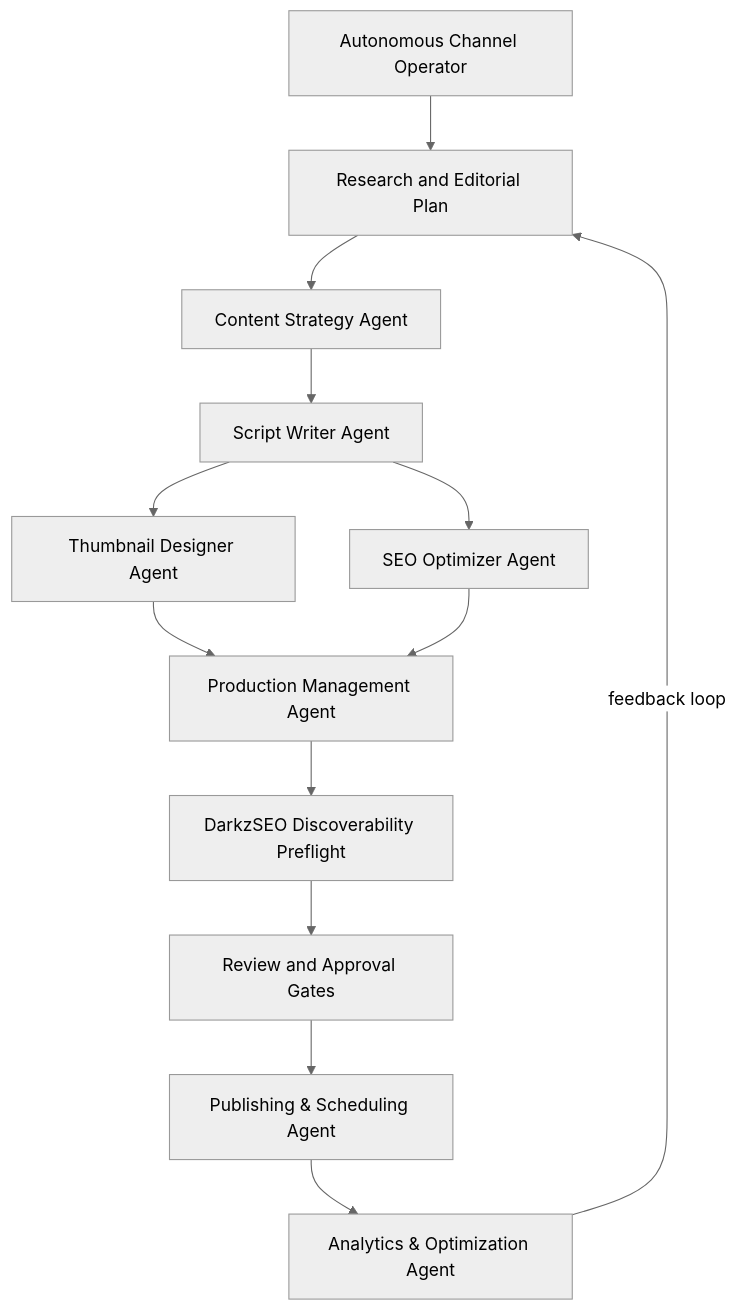
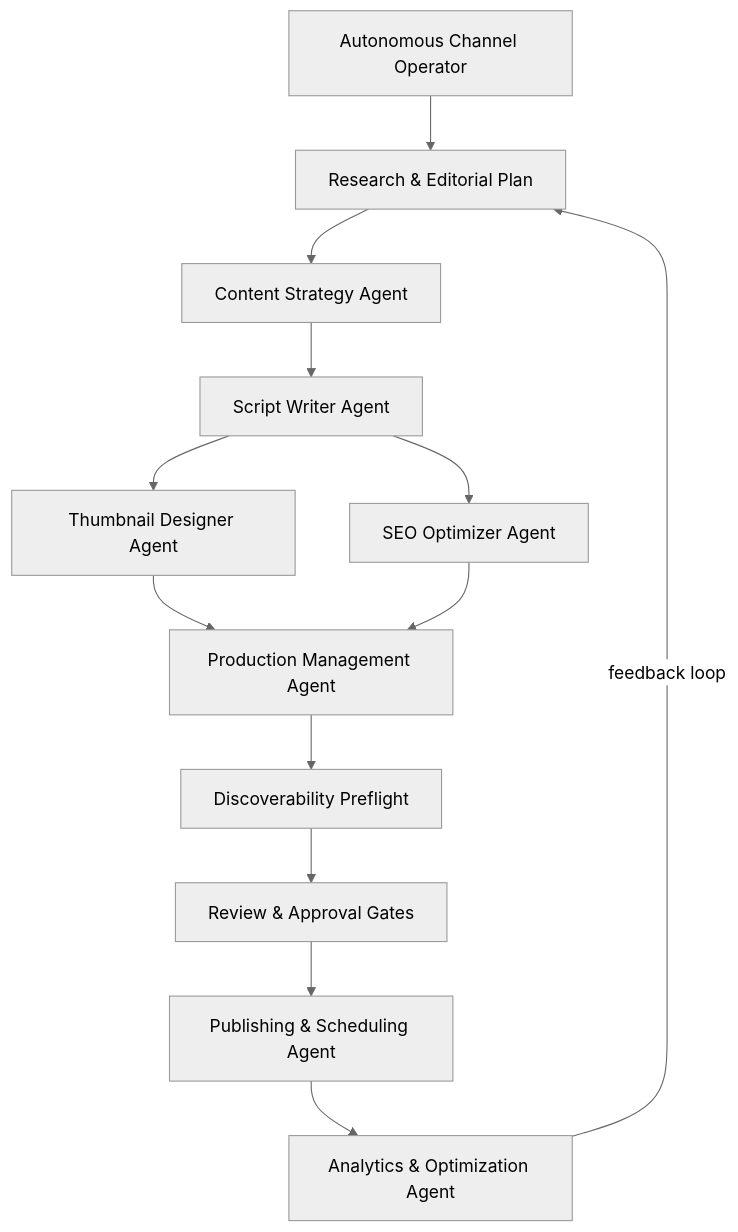
One commit to Hamza-Maqsood1/youtube-automation-agent changed the first of 3 diagrams in README.md. Above: the diagram before and after it, drawn with Mermaid (neutral theme). The commit also changed other lines of this file and 2 other files, not shown here.

````diff
--- a/README.md
+++ b/README.md
@@ -186,15 +59,15 @@
 ```mermaid
 graph TD
-    O[Autonomous Channel Operator] --> A[Research and Editorial Plan]
+    O[Autonomous Channel Operator] --> A[Research & Editorial Plan]
     A --> B[Content Strategy Agent]
     B --> C[Script Writer Agent]
     C --> D[Thumbnail Designer Agent]
     C --> E[SEO Optimizer Agent]
     D --> F[Production Management Agent]
     E --> F
-    F --> Z[DarkzSEO Discoverability Preflight]
-    Z --> G[Review and Approval Gates]
+    F --> Z[Discoverability Preflight]
+    Z --> G[Review & Approval Gates]
     G --> H[Publishing & Scheduling Agent]
     H --> I[Analytics & Optimization Agent]
     I -->|feedback loop| A
 ```
````
